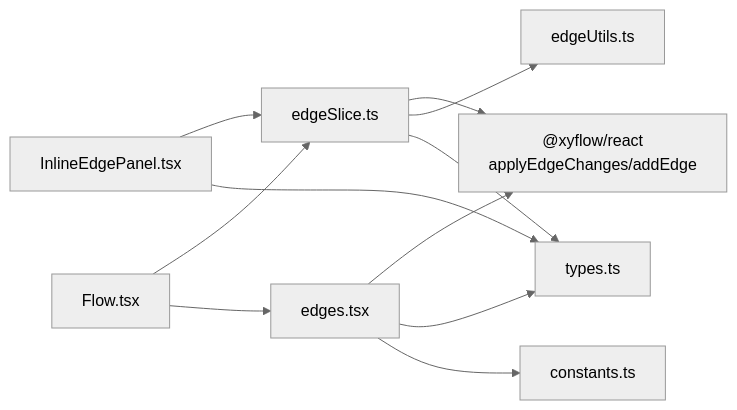
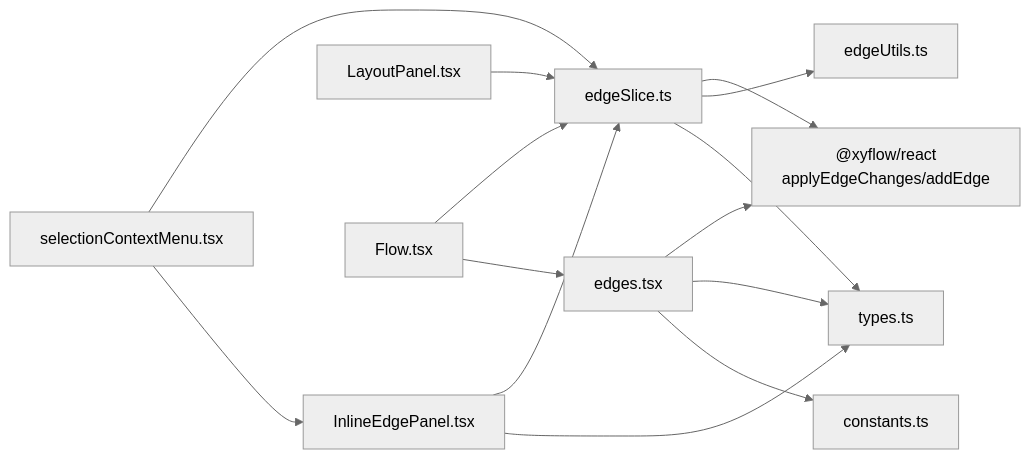
The fifth of 5 diagrams in .qoder/repowiki/zh/content/核心概念/数据模型/状态管理类型/边状态切片.md (kqcoxn/MaaPipelineEditor), drawn with Mermaid (neutral theme) before and after one commit. The commit also changed other lines of this file and 22 other files, not shown here.

````diff
--- a/.qoder/repowiki/zh/content/核心概念/数据模型/状态管理类型/边状态切片.md
+++ b/.qoder/repowiki/zh/content/核心概念/数据模型/状态管理类型/边状态切片.md
@@ -265,13 +337,16 @@
 ```mermaid
 graph LR
 ES["edgeSlice.ts"] --> RF["@xyflow/react<br/>applyEdgeChanges/addEdge"]
 ES --> EU["edgeUtils.ts"]
 ES --> TS["types.ts"]
 ED["edges.tsx"] --> RF
 ED --> TS
 ED --> NC["constants.ts"]
 IE["InlineEdgePanel.tsx"] --> ES
 IE --> TS
+SC["selectionContextMenu.tsx"] --> ES
+SC --> IE
+LP["LayoutPanel.tsx"] --> ES
 FL["Flow.tsx"] --> ES
 FL --> ED
 ```
````
